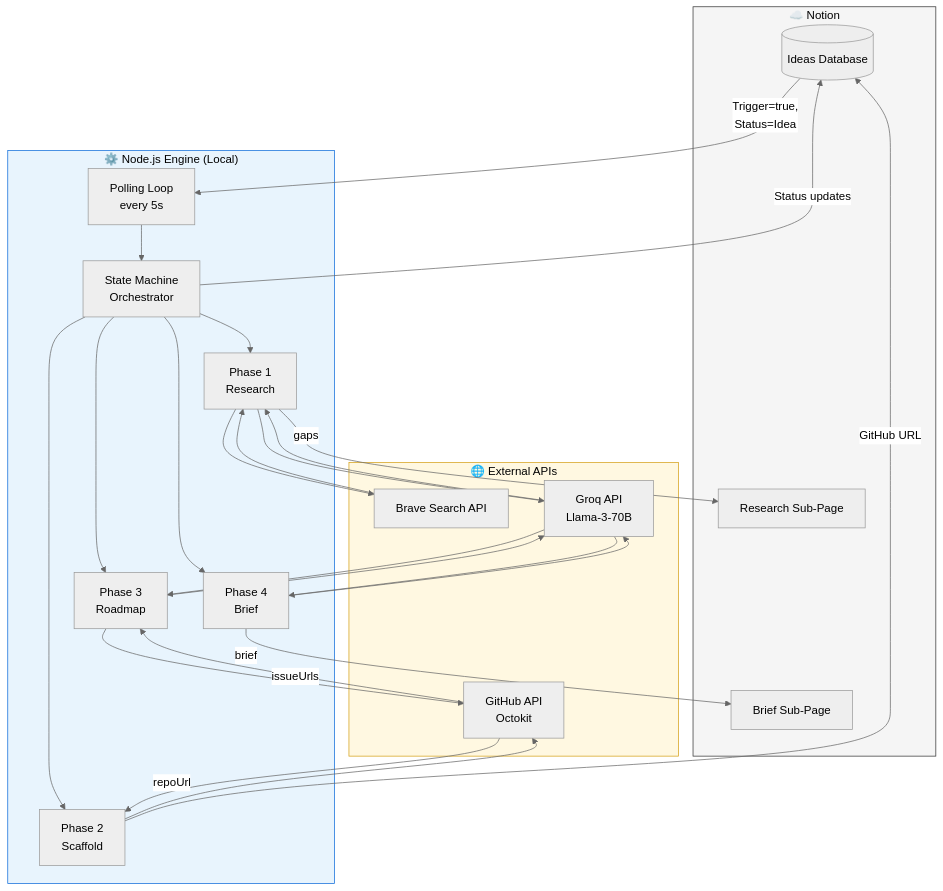
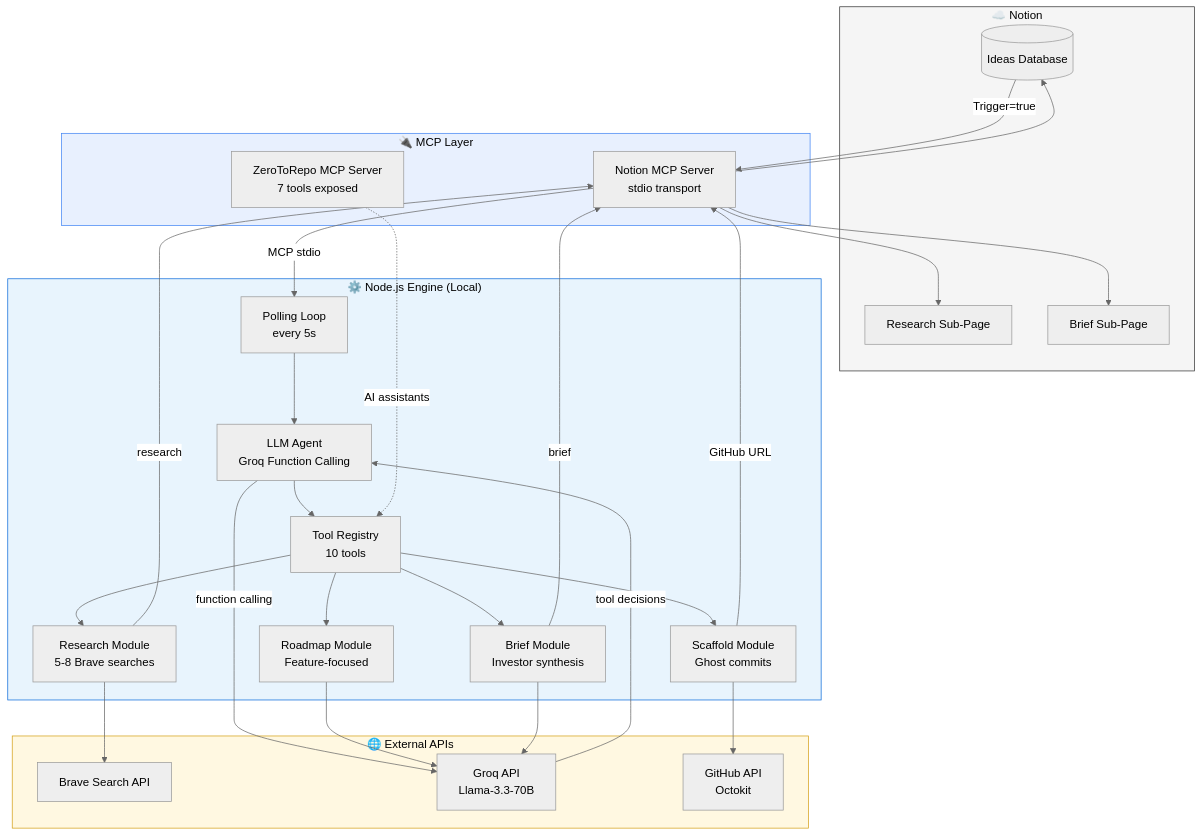
The first of 6 diagrams in TechDesign-ZeroToRepo-MVP.md (Abeera81/zerotorepo), drawn with Mermaid (neutral theme) before and after one commit. The commit also changed other lines of this file and 3 other files, not shown here.

````diff
--- a/TechDesign-ZeroToRepo-MVP.md
+++ b/TechDesign-ZeroToRepo-MVP.md
@@ -25,50 +26,50 @@
 ```mermaid
 flowchart TB
     subgraph Notion["☁️ Notion"]
         DB[(Ideas Database)]
         RP[Research Sub-Page]
         BP[Brief Sub-Page]
     end
 
+    subgraph MCP["🔌 MCP Layer"]
+        NM[Notion MCP Server<br/>stdio transport]
+        ZM[ZeroToRepo MCP Server<br/>7 tools exposed]
+    end
+
     subgraph Engine["⚙️ Node.js Engine (Local)"]
         PL[Polling Loop<br/>every 5s]
-        SM[State Machine<br/>Orchestrator]
-        P1[Phase 1<br/>Research]
-        P2[Phase 2<br/>Scaffold]
-        P3[Phase 3<br/>Roadmap]
-        P4[Phase 4<br/>Brief]
+        AG[LLM Agent<br/>Groq Function Calling]
+        TR[Tool Registry<br/>10 tools]
+        P1[Research Module<br/>5-8 Brave searches]
+        P2[Scaffold Module<br/>Ghost commits]
+        P3[Roadmap Module<br/>Feature-focused]
+        P4[Brief Module<br/>Investor synthesis]
     end
 
     subgraph External["🌐 External APIs"]
         Brave[Brave Search API]
-        Groq[Groq API<br/>Llama-3-70B]
+        Groq[Groq API<br/>Llama-3.3-70B]
         GH[GitHub API<br/>Octokit]
     end
 
-    DB -- "Trigger=true,<br/>Status=Idea" --> PL
-    PL --> SM
-    SM --> P1
-    P1 --> Brave
-    Brave --> P1
-    P1 --> Groq
-    Groq --> P1
-    P1 -- "gaps" --> RP
-    SM --> P2
-    P2 --> GH
-    GH -- "repoUrl" --> P2
-    P2 -- "GitHub URL" --> DB
-    SM --> P3
-    P3 --> Groq
-    Groq --> P3
-    P3 --> GH
-    GH -- "issueUrls" --> P3
-    SM --> P4
-    P4 --> Groq
-    Groq --> P4
-    P4 -- "brief" --> BP
-    SM -- "Status updates" --> DB
+    DB -- "Trigger=true" --> NM
+    NM -- "MCP stdio" --> PL
+    PL --> AG
+    AG -- "function calling" --> Groq
+    Groq -- "tool decisions" --> AG
+    AG --> TR
+    TR --> P1 --> Brave
+    TR --> P2 --> GH
+    TR --> P3 --> Groq
+    TR --> P4 --> Groq
+    P1 -- "research" --> NM --> RP
+    P4 -- "brief" --> NM --> BP
+    P2 -- "GitHub URL" --> NM --> DB
+
+    ZM -. "AI assistants" .-> TR
 
     style Notion fill:#f5f5f5,stroke:#333,color:#000
+    style MCP fill:#e8f0fe,stroke:#4285f4,color:#000
     style Engine fill:#e8f4fd,stroke:#0969da,color:#000
     style External fill:#fff8e1,stroke:#d4a017,color:#000
 ```
````
